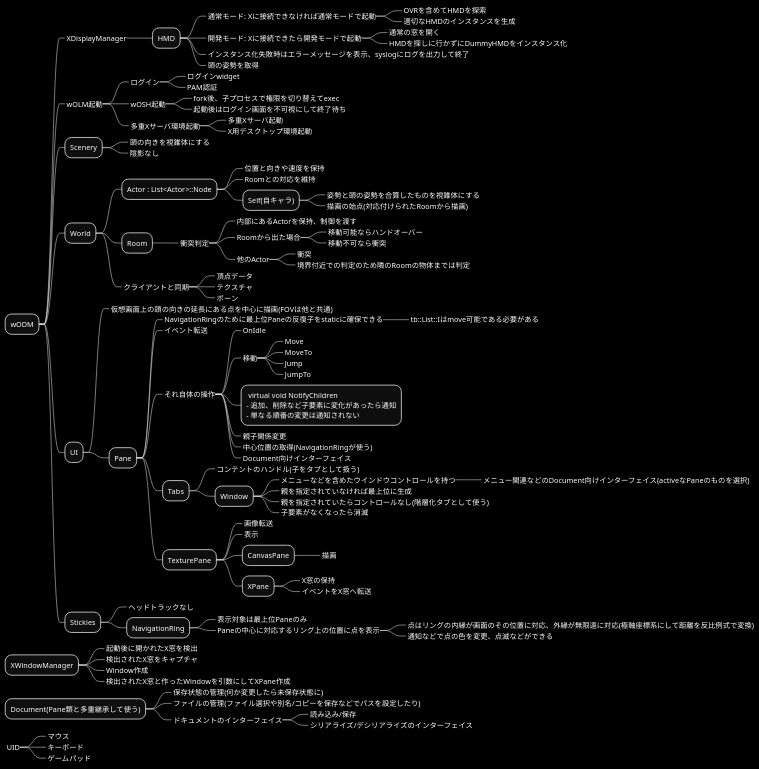
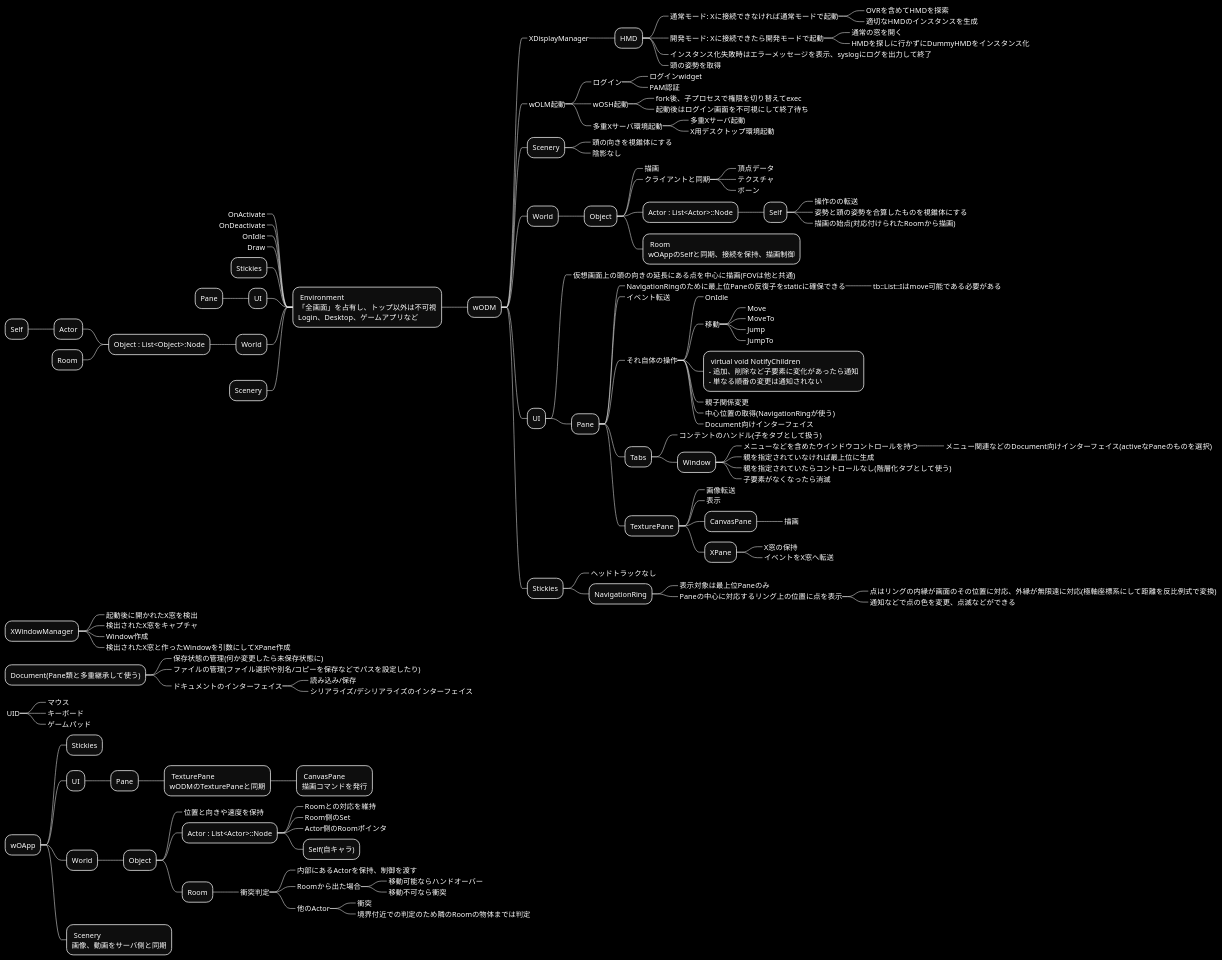
Before and after one commit to tarosuke/wODM: the diagram in docs/RBS.pu, drawn with PlantUML.

Commit message:
wOAppと抽象クラスの階層を追加

```diff
--- a/docs/RBS.pu
+++ b/docs/RBS.pu
@@ -1,104 +1,151 @@
 @startmindmap
 skinparam monochrome reverse
 * wODM
 **_ XDisplayManager
 *** HMD
 ****_ 通常モード: Xに接続できなければ通常モードで起動
 *****_ OVRを含めてHMDを探索
 *****_ 適切なHMDのインスタンスを生成
 ****_ 開発モード: Xに接続できたら開発モードで起動
 *****_ 通常の窓を開く
 *****_ HMDを探しに行かずにDummyHMDをインスタンス化
 ****_ インスタンス化失敗時はエラーメッセージを表示、syslogにログを出力して終了
 ****_ 頭の姿勢を取得
 **_ wOLM起動
 ***_ ログイン
 ****_ ログインwidget
 ****_ PAM認証
 ***_ wOSH起動
 ****_ fork後、子プロセスで権限を切り替えてexec
 ****_ 起動後はログイン画面を不可視にして終了待ち
 ***_ 多重Xサーバ環境起動
 ****_ 多重Xサーバ起動
 ****_ X用デスクトップ環境起動
 ** Scenery
 ***_ 頭の向きを視錐体にする
 ***_ 陰影なし
 ** World
-*** Actor : List<Actor>::Node
-****_ 位置と向きや速度を保持
-****_ Roomとの対応を維持
-**** Self(自キャラ)
-*****_ 姿勢と頭の姿勢を合算したものを視錐体にする
-*****_ 描画の始点(対応付けられたRoomから描画)
-*** Room
-****_ 衝突判定
-*****_ 内部にあるActorを保持、制御を渡す
-*****_ Roomから出た場合
-******_ 移動可能ならハンドオーバー
-******_ 移動不可なら衝突
-*****_ 他のActor
-******_ 衝突
-******_ 境界付近での判定のため隣のRoomの物体までは判定
-***_ クライアントと同期
-****_ 頂点データ
-****_ テクスチャ
-****_ ボーン
+*** Object
+****_ 描画
+****_ クライアントと同期
+*****_ 頂点データ
+*****_ テクスチャ
+*****_ ボーン
+**** Actor : List<Actor>::Node
+***** Self
+******_ 操作のの転送
+******_ 姿勢と頭の姿勢を合算したものを視錐体にする
+******_ 描画の始点(対応付けられたRoomから描画)
+****: Room
+wOAppのSelfと同期、接続を保持、描画制御;
 ** UI
 ***_ 仮想画面上の頭の向きの延長にある点を中心に描画(FOVは他と共通)
 *** Pane
 ****_ NavigationRingのために最上位Paneの反復子をstaticに確保できる
 *****_ tb::List::Iはmove可能である必要がある
 ****_ イベント転送
 ****_ それ自体の操作
 *****_ OnIdle
 *****_ 移動
 ******_ Move
 ******_ MoveTo
 ******_ Jump
 ******_ JumpTo
 *****: virtual void NotifyChildren
 - 追加、削除など子要素に変化があったら通知
 - 単なる順番の変更は通知されない;
 *****_ 親子関係変更
 *****_ 中心位置の取得(NavigationRingが使う)
 *****_ Document向けインターフェイス
 **** Tabs
 *****_ コンテントのハンドル(子をタブとして扱う)
 ***** Window
 ******_ メニューなどを含めたウインドウコントロールを持つ
 *******_ メニュー関連などのDocument向けインターフェイス(activeなPaneのものを選択)
 ******_ 親を指定されていなければ最上位に生成
 ******_ 親を指定されていたらコントロールなし(階層化タブとして使う)
 ******_ 子要素がなくなったら消滅
 **** TexturePane
 *****_ 画像転送
 *****_ 表示
 ***** CanvasPane
 ******_ 描画
 ***** XPane
 ******_ X窓の保持
 ******_ イベントをX窓へ転送
 ** Stickies
 ***_ ヘッドトラックなし
 *** NavigationRing
 ****_ 表示対象は最上位Paneのみ
 ****_ Paneの中心に対応するリング上の位置に点を表示
 *****_ 点はリングの内縁が画面のその位置に対応、外縁が無限遠に対応(極軸座標系にして距離を反比例式で変換)
 *****_ 通知などで点の色を変更、点滅などができる
+
+left side
+
+**: Environment
+「全画面」を占有し、トップ以外は不可視
+Login、Desktop、ゲームアプリなど;
+***_ OnActivate
+***_ OnDeactivate
+***_ OnIdle
+***_ Draw
+*** Stickies
+*** UI
+**** Pane
+*** World
+**** Object : List<Object>:Node
+***** Actor
+****** Self
+***** Room
+*** Scenery
+
+right side
+
 * XWindowManager
 **_ 起動後に開かれたX窓を検出
 **_ 検出されたX窓をキャプチャ
 **_ Window作成
 **_ 検出されたX窓と作ったWindowを引数にしてXPane作成
 * Document(Pane類と多重継承して使う)
 **_ 保存状態の管理(何か変更したら未保存状態に)
 **_ ファイルの管理(ファイル選択や別名/コピーを保存などでパスを設定したり)
 **_ ドキュメントのインターフェイス
 ***_ 読み込み/保存
 ***_ シリアライズ/デシリアライズのインターフェイス
+
 *_ UID
 **_ マウス
 **_ キーボード
 **_ ゲームパッド
+
+* wOApp
+** Stickies
+** UI
+*** Pane
+****: TexturePane
+wODMのTexturePaneと同期;
+*****: CanvasPane
+描画コマンドを発行;
+** World
+*** Object
+****_ 位置と向きや速度を保持
+**** Actor : List<Actor>::Node
+*****_ Roomとの対応を維持
+*****_ Room側のSet
+*****_ Actor側のRoomポインタ
+***** Self(自キャラ)
+**** Room
+*****_ 衝突判定
+******_ 内部にあるActorを保持、制御を渡す
+******_ Roomから出た場合
+*******_ 移動可能ならハンドオーバー
+*******_ 移動不可なら衝突
+******_ 他のActor
+*******_ 衝突
+*******_ 境界付近での判定のため隣のRoomの物体までは判定
+**: Scenery
+画像、動画をサーバ側と同期;
+
+
 @endmindmap
```
